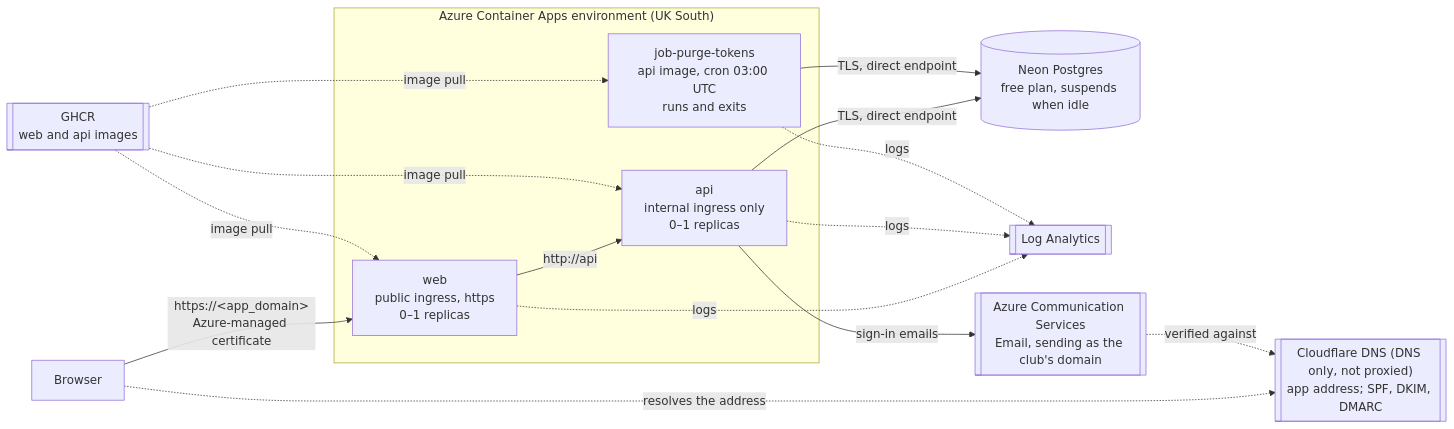
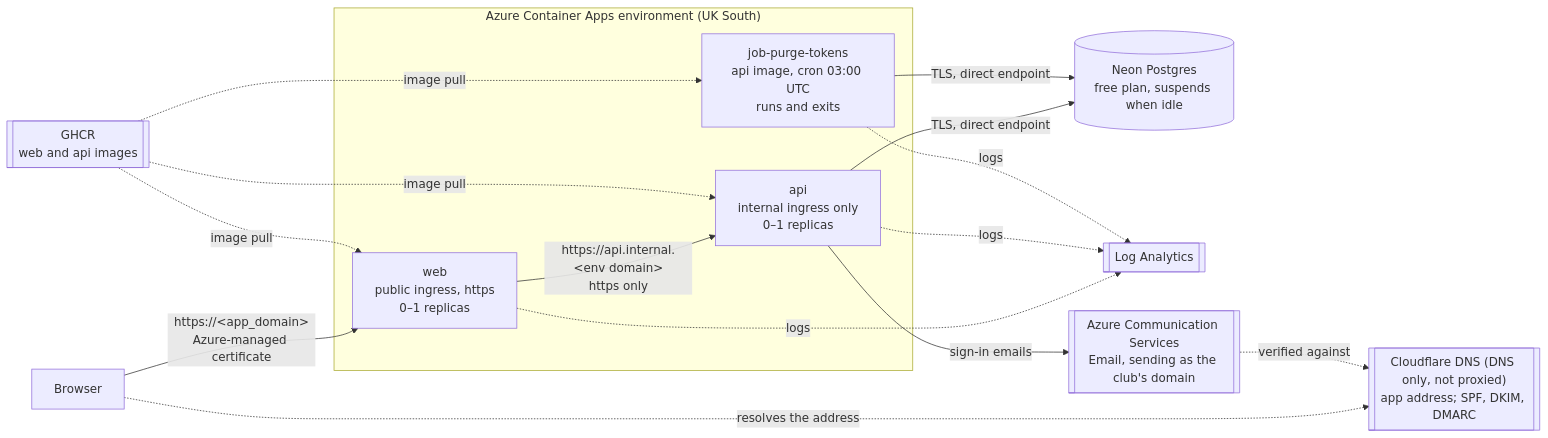
Before and after one commit to l1em1on1/social-tennis: the seventh of 11 diagrams in docs/architecture.md, drawn with Mermaid. The commit also changed other lines of this file and 5 other files, not shown here.

````diff
--- a/docs/architecture.md
+++ b/docs/architecture.md
@@ -302,24 +303,24 @@
 ```mermaid
 flowchart LR
     B[Browser]
     subgraph aca ["Azure Container Apps environment (UK South)"]
         W["web<br/>public ingress, https<br/>0–1 replicas"]
         A["api<br/>internal ingress only<br/>0–1 replicas"]
         J["job-purge-tokens<br/>api image, cron 03:00 UTC<br/>runs and exits"]
     end
     N[("Neon Postgres<br/>free plan, suspends when idle")]
     G[["GHCR<br/>web and api images"]]
     L[["Log Analytics"]]
     M[["Azure Communication Services<br/>Email, sending as the club's domain"]]
     C[["Cloudflare DNS (DNS only, not proxied)<br/>app address; SPF, DKIM, DMARC"]]
 
     B -->|"https://&lt;app_domain&gt;<br/>Azure-managed certificate"| W
     B -.->|"resolves the address"| C
-    W -->|"http://api"| A
+    W -->|"https://api.internal.&lt;env domain&gt;<br/>https only"| A
     A -->|"TLS, direct endpoint"| N
     J -->|"TLS, direct endpoint"| N
     G -.->|"image pull"| W & A & J
     W & A & J -.->|"logs"| L
     A -->|"sign-in emails"| M
     M -.->|"verified against"| C
 ```
````
